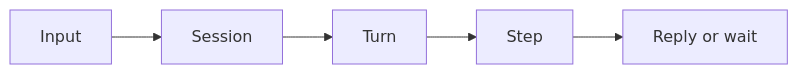
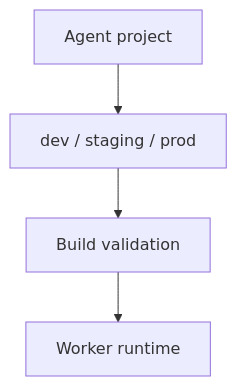
One commit to taonic/temporal-design-patterns changed the diagram in docs/security-profiles-per-agent.md. Above: the diagram before and after it, drawn with Mermaid. The commit also changed other lines of this file and 25 other files, not shown here.

````diff
--- a/docs/security-profiles-per-agent.md
+++ b/docs/security-profiles-per-agent.md
@@ -16,7 +19,6 @@
 ```mermaid
-flowchart LR
-    Input[Input] --> Session
-    Session --> Turn
-    Turn --> Step
-    Step --> Out[Reply or wait]
+flowchart TD
+    Agent[Agent project] --> Profiles[dev / staging / prod]
+    Profiles --> Validate[Build validation]
+    Validate --> Worker[Worker runtime]
 ```
````
